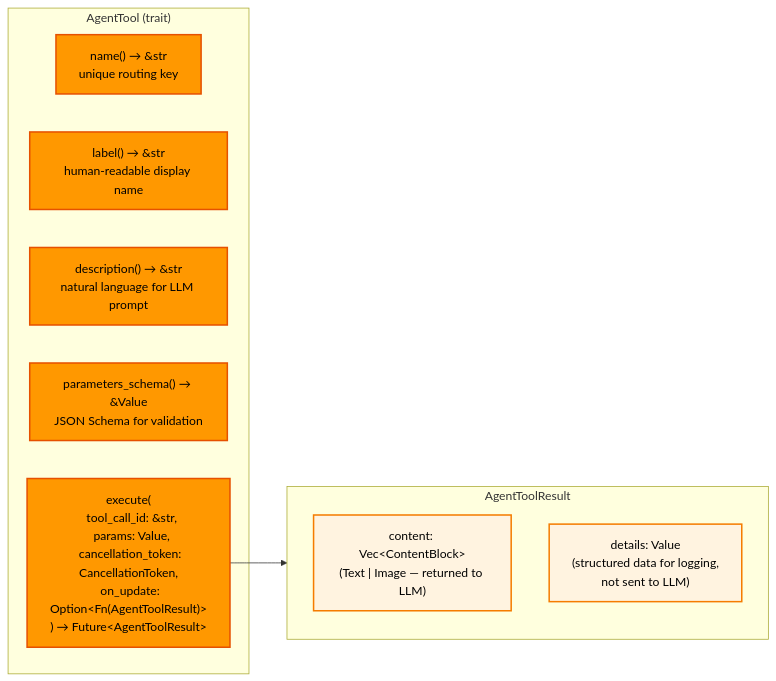
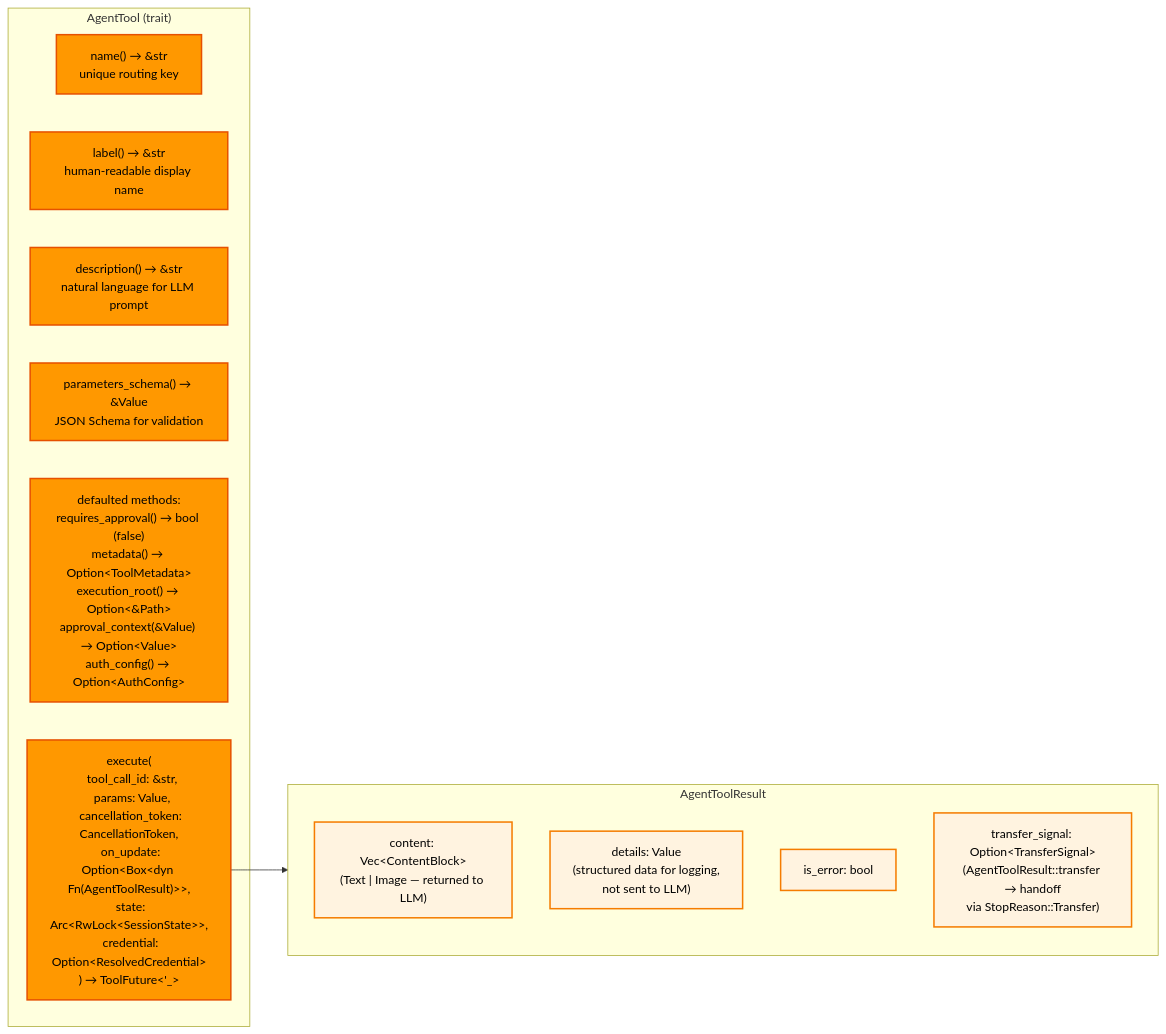
The second of 5 diagrams in docs/architecture/tool-system/README.md (SuperSwinkAI/Swink-Agent), drawn with Mermaid before and after one commit. The commit also changed other lines of this file and 21 other files, not shown here.

````diff
--- a/docs/architecture/tool-system/README.md
+++ b/docs/architecture/tool-system/README.md
@@ -116,23 +127,26 @@
 ```mermaid
 flowchart LR
     subgraph Trait["AgentTool (trait)"]
         Name["name() → &str<br/>unique routing key"]
         Label["label() → &str<br/>human-readable display name"]
         Desc["description() → &str<br/>natural language for LLM prompt"]
         Schema["parameters_schema() → &Value<br/>JSON Schema for validation"]
-        Execute["execute(<br/>  tool_call_id: &str,<br/>  params: Value,<br/>  cancellation_token: CancellationToken,<br/>  on_update: Option&lt;Fn(AgentToolResult)&gt;<br/>) → Future&lt;AgentToolResult&gt;"]
+        Defaults["defaulted methods:<br/>requires_approval() → bool (false)<br/>metadata() → Option&lt;ToolMetadata&gt;<br/>execution_root() → Option&lt;&Path&gt;<br/>approval_context(&Value) → Option&lt;Value&gt;<br/>auth_config() → Option&lt;AuthConfig&gt;"]
+        Execute["execute(<br/>  tool_call_id: &str,<br/>  params: Value,<br/>  cancellation_token: CancellationToken,<br/>  on_update: Option&lt;Box&lt;dyn Fn(AgentToolResult)&gt;&gt;,<br/>  state: Arc&lt;RwLock&lt;SessionState&gt;&gt;,<br/>  credential: Option&lt;ResolvedCredential&gt;<br/>) → ToolFuture&lt;'_&gt;"]
     end
 
     subgraph Result["AgentToolResult"]
         Content["content: Vec&lt;ContentBlock&gt;<br/>(Text | Image — returned to LLM)"]
         Details["details: Value<br/>(structured data for logging,<br/>not sent to LLM)"]
+        IsError["is_error: bool"]
+        Transfer["transfer_signal: Option&lt;TransferSignal&gt;<br/>(AgentToolResult::transfer → handoff<br/>via StopReason::Transfer)"]
     end
 
     Execute --> Result
 
     classDef traitStyle fill:#ff9800,stroke:#e65100,stroke-width:2px,color:#000
     classDef resultStyle fill:#fff3e0,stroke:#f57c00,stroke-width:2px,color:#000
 
-    class Name,Label,Desc,Schema,Execute traitStyle
-    class Content,Details resultStyle
+    class Name,Label,Desc,Schema,Defaults,Execute traitStyle
+    class Content,Details,IsError,Transfer resultStyle
 ```
````
